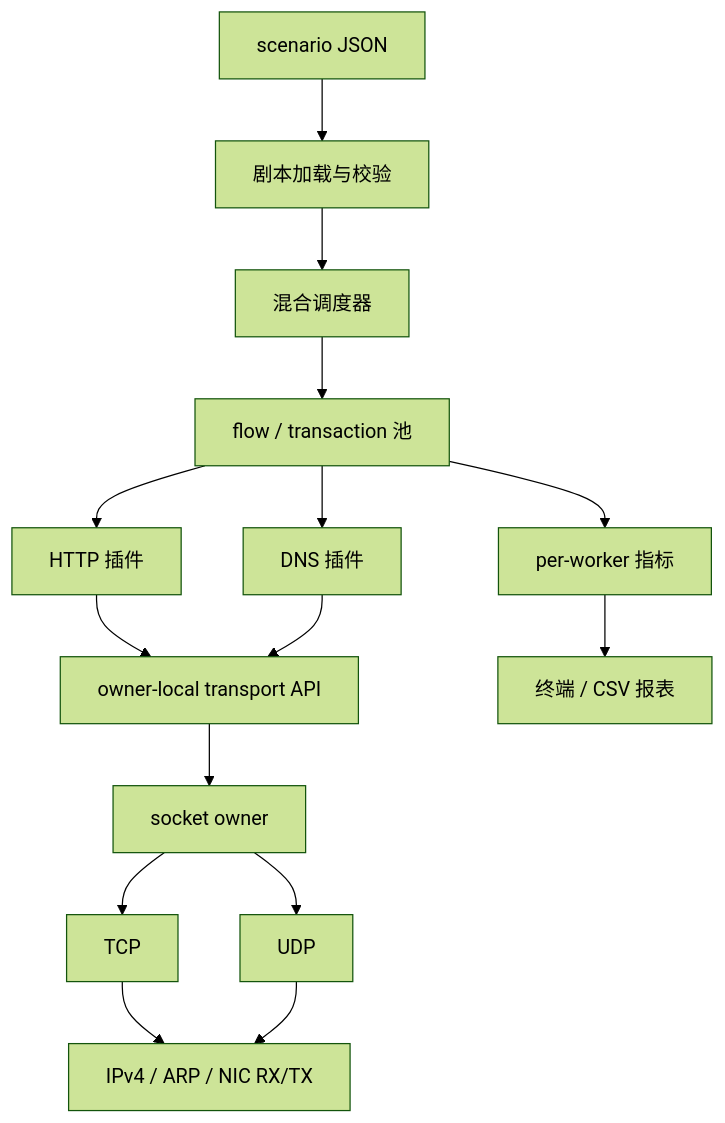
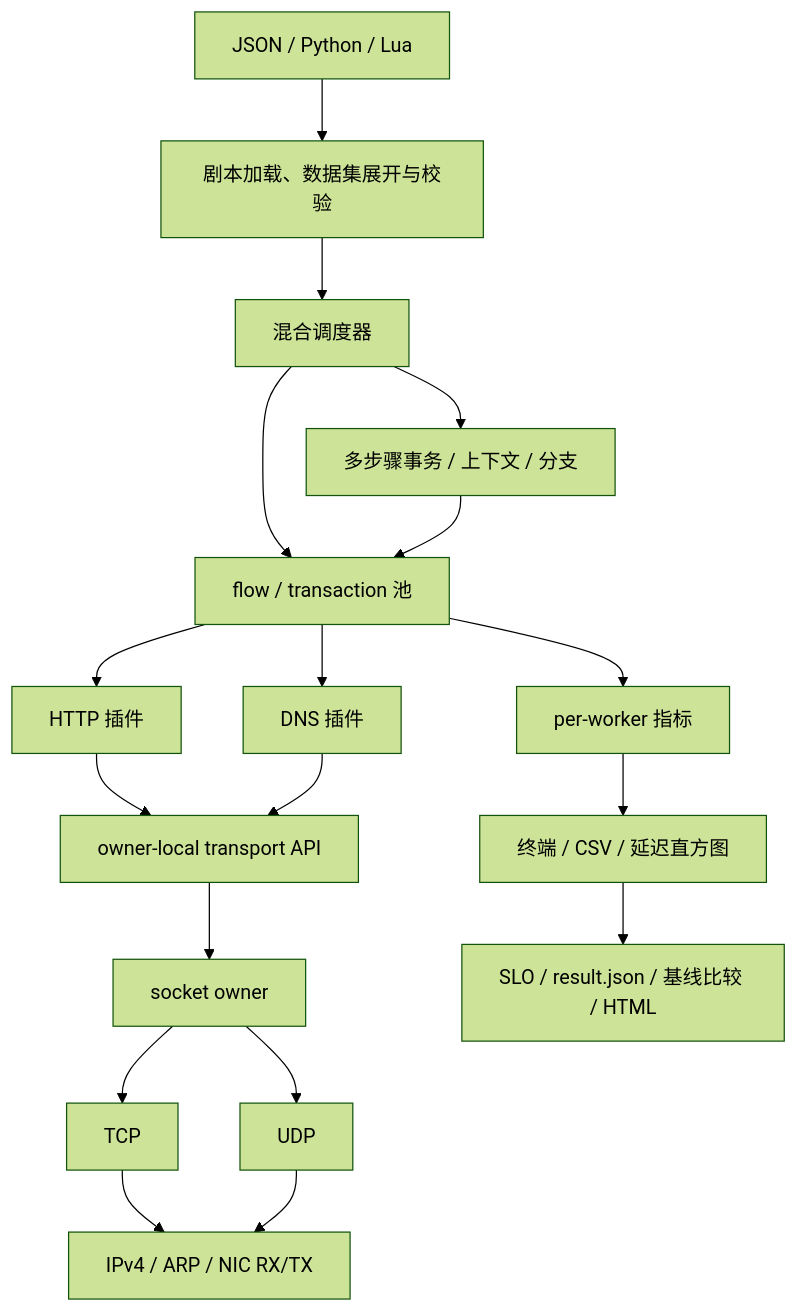
The first of 2 diagrams in docs/TODO.md (john2-ui/SnowTG), drawn with Mermaid (forest theme) before and after one commit. The commit also changed other lines of this file and 1 other file, not shown here.

````diff
--- a/docs/TODO.md
+++ b/docs/TODO.md
@@ -11,17 +86,20 @@
 ```mermaid
 flowchart TB
-    Scenario["scenario JSON"] --> Loader["剧本加载与校验"]
+    Scenario["JSON / Python / Lua"] --> Loader["剧本加载、数据集展开与校验"]
     Loader --> Scheduler["混合调度器"]
     Scheduler --> Flow["flow / transaction 池"]
     Flow --> HTTP["HTTP 插件"]
     Flow --> DNS["DNS 插件"]
+    Scheduler --> Workflow["多步骤事务 / 上下文 / 分支"]
+    Workflow --> Flow
     HTTP --> OwnerIO["owner-local transport API"]
     DNS --> OwnerIO
     OwnerIO --> Socket["socket owner"]
     Socket --> TCP
     Socket --> UDP
     TCP --> IP["IPv4 / ARP / NIC RX/TX"]
     UDP --> IP
     Flow --> Stats["per-worker 指标"]
-    Stats --> Report["终端 / CSV 报表"]
+    Stats --> CSV["终端 / CSV / 延迟直方图"]
+    CSV --> Report["SLO / result.json / 基线比较 / HTML"]
 ```
````
